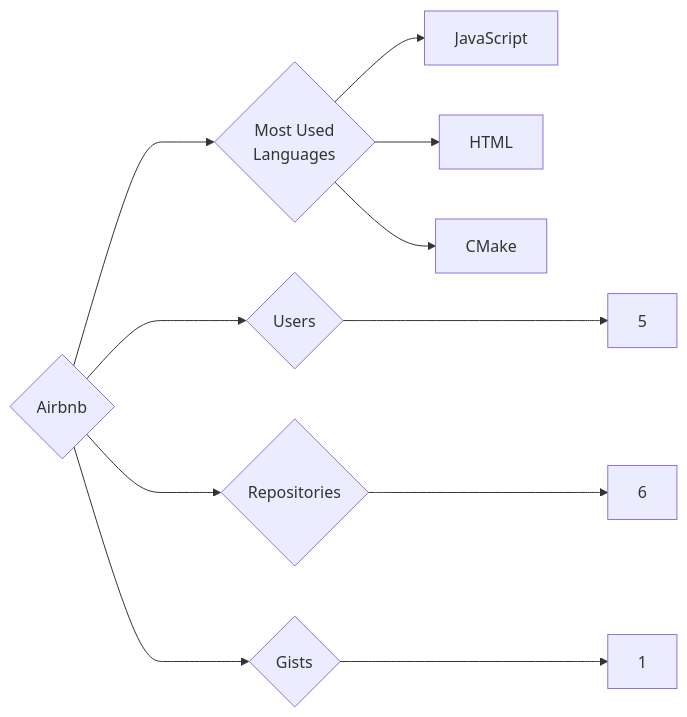
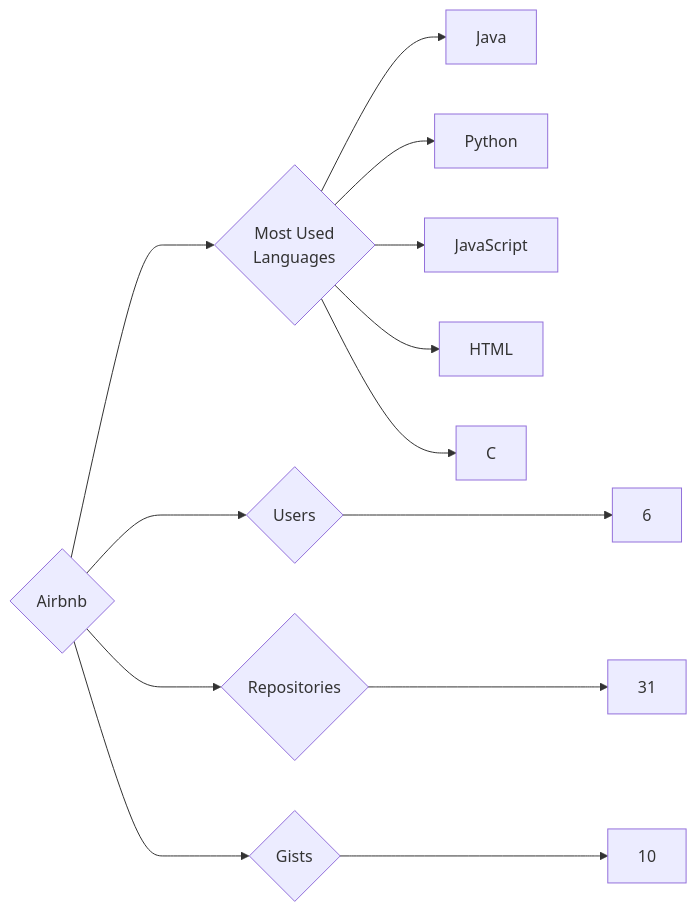
Before and after one commit to trickest/insiders: the diagram in targets/Airbnb/README.md, drawn with Mermaid. The commit also changed 1148 other files, not shown here.

````diff
--- a/targets/Airbnb/README.md
+++ b/targets/Airbnb/README.md
@@ -3,11 +3,13 @@
 ```mermaid
 graph LR
 COMPANY_NAME{Airbnb}
-COMPANY_NAME ---> U{Users} ---> UN[5]
-COMPANY_NAME ---> R{Repositories} ---> RN[6]
-COMPANY_NAME ---> G{Gists} ---> GN[1]
+COMPANY_NAME ---> U{Users} ---> UN[6]
+COMPANY_NAME ---> R{Repositories} ---> RN[31]
+COMPANY_NAME ---> G{Gists} ---> GN[10]
 COMPANY_NAME ---> ML{Most Used<br>Languages}
+ML --> Java[Java]
+ML --> Python[Python]
 ML --> JavaScript[JavaScript]
 ML --> HTML[HTML]
-ML --> CMake[CMake]
+ML --> C[C]
 ```
````
